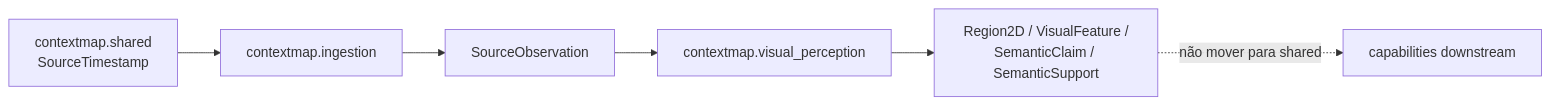
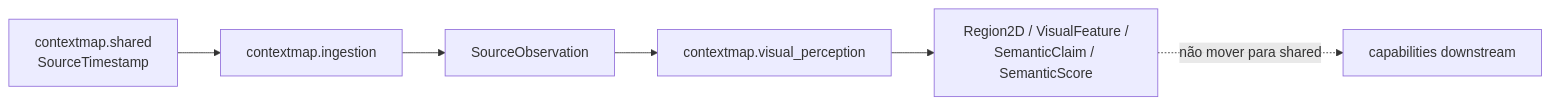
One commit to Alexandre-Tortoza/contextmap2 changed the diagram in docs/shared-primitives.md. Above: the diagram before and after it, drawn with Mermaid. The commit also changed other lines of this file and 17 other files, not shown here.

````diff
--- a/docs/shared-primitives.md
+++ b/docs/shared-primitives.md
@@ -15,8 +15,8 @@
 ```mermaid
 flowchart LR
     SH["contextmap.shared<br/>SourceTimestamp"] --> ING["contextmap.ingestion"]
     ING --> SO["SourceObservation"]
     SO --> VP["contextmap.visual_perception"]
-    VP --> E["Region2D / VisualFeature /<br/>SemanticClaim / SemanticSupport"]
+    VP --> E["Region2D / VisualFeature /<br/>SemanticClaim / SemanticScore"]
     E -. não mover para shared .-> DOWN["capabilities downstream"]
 ```
````
